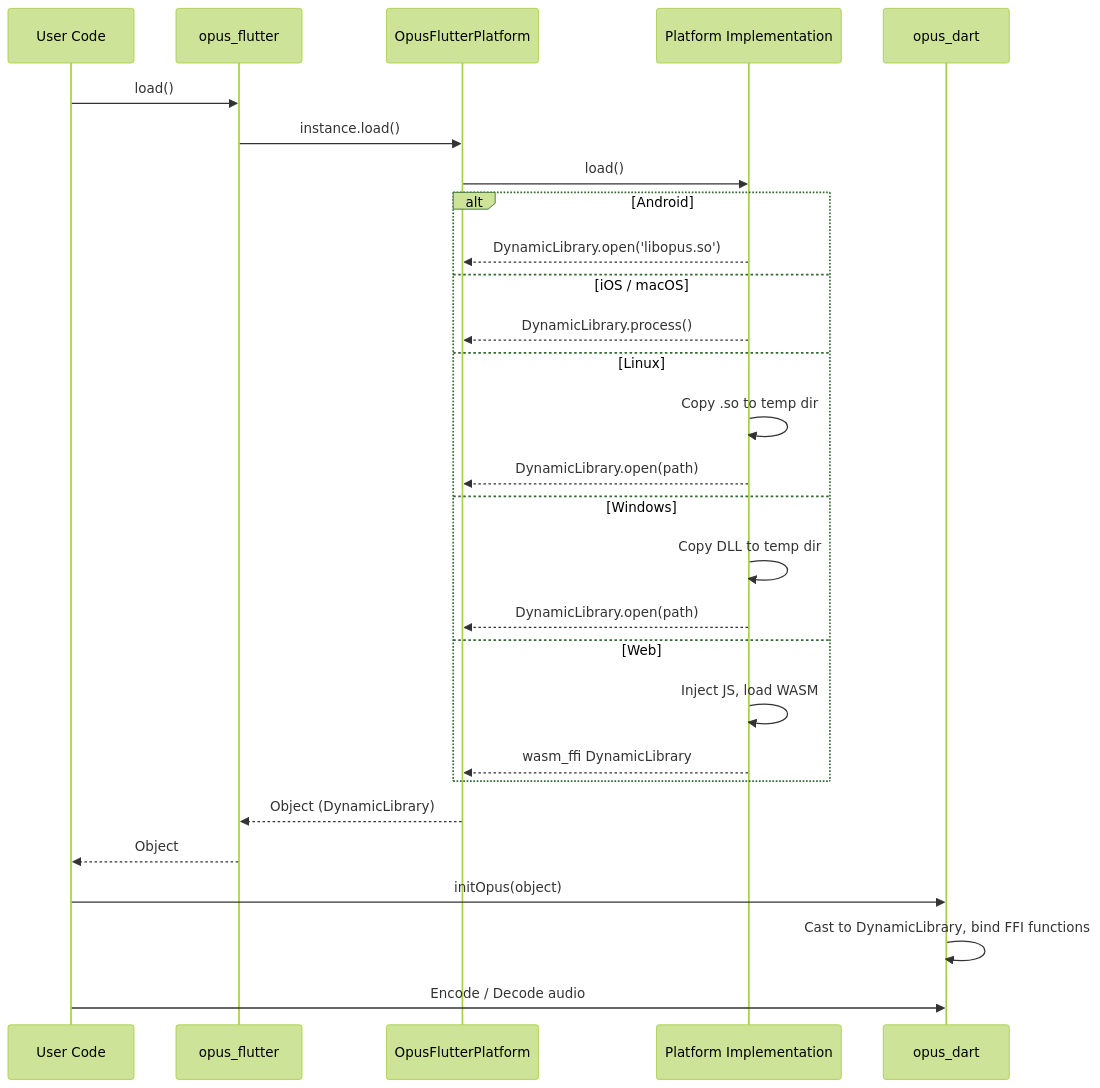
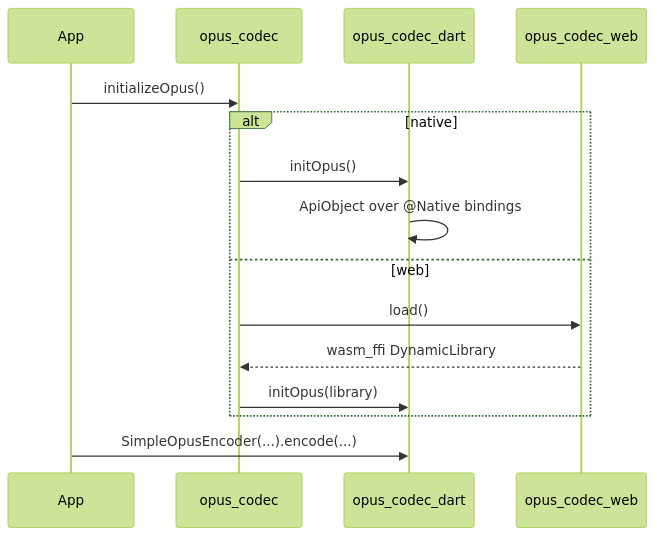
The second of 2 diagrams in docs/architecture.md (Corkscrews/opus_flutter), drawn with Mermaid (forest theme) before and after one commit. The commit also changed other lines of this file and 452 other files, not shown here.

First line of the commit message:
feat!: build libopus 1.6.1 with a Dart build hook (4.0.0)

````diff
--- a/docs/architecture.md
+++ b/docs/architecture.md
@@ -262,33 +86,17 @@
 ```mermaid
 sequenceDiagram
-    participant App as User Code
-    participant OF as opus_flutter
-    participant PI as OpusFlutterPlatform
-    participant Impl as Platform Implementation
-    participant OD as opus_dart
-
-    App->>OF: load()
-    OF->>PI: instance.load()
-    PI->>Impl: load()
-
-    alt Android
-        Impl-->>PI: DynamicLibrary.open('libopus.so')
-    else iOS / macOS
-        Impl-->>PI: DynamicLibrary.process()
-    else Linux
-        Impl->>Impl: Copy .so to temp dir
-        Impl-->>PI: DynamicLibrary.open(path)
-    else Windows
-        Impl->>Impl: Copy DLL to temp dir
-        Impl-->>PI: DynamicLibrary.open(path)
-    else Web
-        Impl->>Impl: Inject JS, load WASM
-        Impl-->>PI: wasm_ffi DynamicLibrary
+    participant App
+    participant Facade as opus_codec
+    participant Core as opus_codec_dart
+    participant Web as opus_codec_web
+    App->>Facade: initializeOpus()
+    alt native
+        Facade->>Core: initOpus()
+        Core->>Core: ApiObject over @Native bindings
+    else web
+        Facade->>Web: load()
+        Web-->>Facade: wasm_ffi DynamicLibrary
+        Facade->>Core: initOpus(library)
     end
-
-    PI-->>OF: Object (DynamicLibrary)
-    OF-->>App: Object
-    App->>OD: initOpus(object)
-    OD->>OD: Cast to DynamicLibrary, bind FFI functions
-    App->>OD: Encode / Decode audio
+    App->>Core: SimpleOpusEncoder(...).encode(...)
 ```
````
